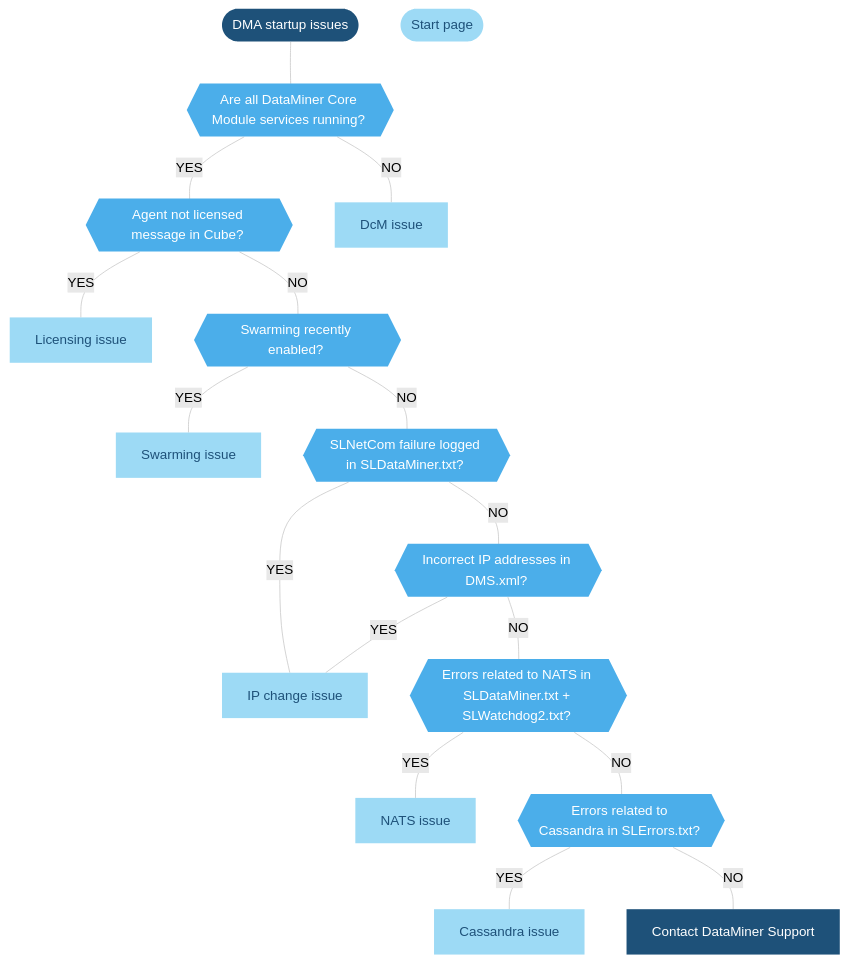
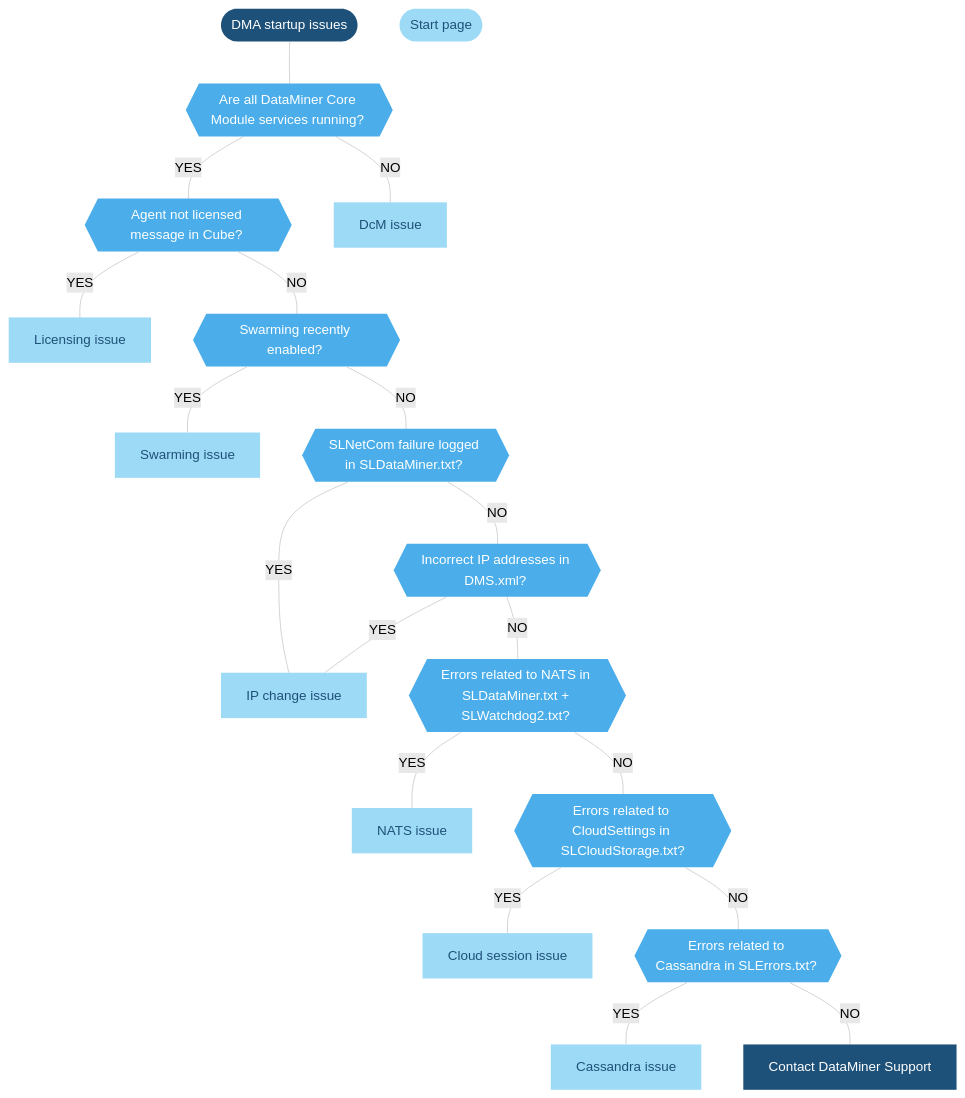
The diagram in dataminer/Troubleshooting/Troubleshooting_Flowcharts/Troubleshooting_Startup_Issues.md (SkylineCommunications/dataminer-docs), drawn with Mermaid (forest theme) before and after one commit. The commit also changed other lines of this file, not shown here.

Commit message:
Startup issues: Cloud session token has expired

````diff
--- a/dataminer/Troubleshooting/Troubleshooting_Flowcharts/Troubleshooting_Startup_Issues.md
+++ b/dataminer/Troubleshooting/Troubleshooting_Flowcharts/Troubleshooting_Startup_Issues.md
@@ -9,62 +9,67 @@
 ```mermaid
 flowchart TD
 %% Define styles %%
 linkStyle default stroke:#cccccc
 classDef LightBlue fill:#9DDAF5,stroke:#000070,stroke-width:0px, color:#1E5179;
 classDef Blue fill:#4BAEEA,stroke:#000070,stroke-width:0px, color:#FFFFFF;
 classDef DarkGray fill:#58595B,stroke:#000070,stroke-width:0px, color:#FFFFFF;
 classDef Gray fill:#999999,stroke:#000070,stroke-width:0px, color:#FFFFFF;
 classDef DarkBlue fill:#1E5179,stroke:#000070,stroke-width:0px, color:#FFFFFF;
 classDef classExternalRef fill:#9ddaf5,stroke:#9ddaf5,color:#1E5179,stroke-width:0px;
 
 %% Define blocks %%
 DMAStartupIssues([DMA startup issues])
 ServicesRunning{{"Are all DataMiner Core Module services running? <br/>"}}
 DCMIssue["DcM issue"]
 AgentNotLicensed{{"Agent not licensed message in Cube? <br/>"}}
 SwarmingEnabled{{"Swarming recently enabled? <br/>"}}
 SLNetComFailure{{"SLNetCom failure logged in SLDataMiner.txt? <br/>"}}
 IncorrectIPAddresses{{"Incorrect IP addresses in DMS.xml? <br/>"}}
 NATSErrors{{"Errors related to NATS in SLDataMiner.txt + SLWatchdog2.txt? <br/>"}}
+CloudSettingsErrors{{"Errors related to CloudSettings in SLCloudStorage.txt?"}}
+CloudSession["Cloud session issue"]
 CassandraErrors{{"Errors related to Cassandra in SLErrors.txt? <br/> "}}
 LicensingIssue["Licensing issue"]
 SwarmingIssue["Swarming issue"]
 IPChangeIssue["IP change issue"]
 NATSIssue["NATS issue"]
 CassandraIssue["Cassandra issue"]
 ContactTechSupport["Contact DataMiner Support"]
 
 %% Connect blocks %%
 DMAStartupIssues --- ServicesRunning
 Home([Start page])
 ServicesRunning --- |YES| AgentNotLicensed
 ServicesRunning --- |NO| DCMIssue
 AgentNotLicensed --- |YES| LicensingIssue
 AgentNotLicensed --- |NO| SwarmingEnabled
 SwarmingEnabled --- |YES| SwarmingIssue
 SwarmingEnabled --- |NO| SLNetComFailure
 SLNetComFailure --- |YES| IPChangeIssue
 SLNetComFailure --- |NO| IncorrectIPAddresses
 IncorrectIPAddresses --- |YES| IPChangeIssue
 IncorrectIPAddresses --- |NO| NATSErrors
 NATSErrors --- |YES| NATSIssue
-NATSErrors --- |NO| CassandraErrors
+NATSErrors --- |NO| CloudSettingsErrors
+CloudSettingsErrors --- |YES| CloudSession
+CloudSettingsErrors --- |NO| CassandraErrors
 CassandraErrors --- |YES| CassandraIssue
 CassandraErrors --- |NO| ContactTechSupport
 
 %% Define hyperlinks %%
 click Home "/dataminer/Troubleshooting/Troubleshooting_Flowcharts/Finding_a_Root_Cause.html"
 click DCMIssue "/dataminer/Troubleshooting/Troubleshooting_Flowcharts/Troubleshooting_Startup_Issues.html#dcm-issue"
 click LicensingIssue "/dataminer/Troubleshooting/Troubleshooting_Flowcharts/Troubleshooting_Startup_Issues.html#licensing-issue"
 click SwarmingIssue "/dataminer/Troubleshooting/Troubleshooting_Flowcharts/Troubleshooting_Startup_Issues.html#swarming-issue"
 click IPChangeIssue "/dataminer/Troubleshooting/Troubleshooting_Flowcharts/Troubleshooting_Startup_Issues.html#ip-change-issue"
 click NATSIssue "/dataminer/Troubleshooting/Troubleshooting_Flowcharts/Troubleshooting_Startup_Issues.html#nats-issue"
+click CloudSession "/dataminer/Troubleshooting/Troubleshooting_Flowcharts/Troubleshooting_Startup_Issues.html#cloud-session-token-issue"
 click CassandraIssue "/dataminer/Troubleshooting/Troubleshooting_Flowcharts/Troubleshooting_Startup_Issues.html#cassandra-issue"
 click ContactTechSupport "/dataminer/Troubleshooting/Contacting_tech_support.html"
 
 %% Apply styles to blocks %%
 class DMAStartupIssues,ContactTechSupport DarkBlue;
-class LicensingIssue,SwarmingIssue,IPChangeIssue,NATSIssue,CassandraIssue,DCMIssue classExternalRef;
-class ServicesRunning,AgentNotLicensed,SwarmingEnabled,SLNetComFailure,IncorrectIPAddresses,NATSErrors,CassandraErrors Blue;
+class LicensingIssue,SwarmingIssue,IPChangeIssue,NATSIssue,CassandraIssue,DCMIssue,CloudSession classExternalRef;
+class ServicesRunning,AgentNotLicensed,SwarmingEnabled,SLNetComFailure,IncorrectIPAddresses,NATSErrors,CassandraErrors,CloudSettingsErrors Blue;
 class Home LightBlue;
 ```
````
